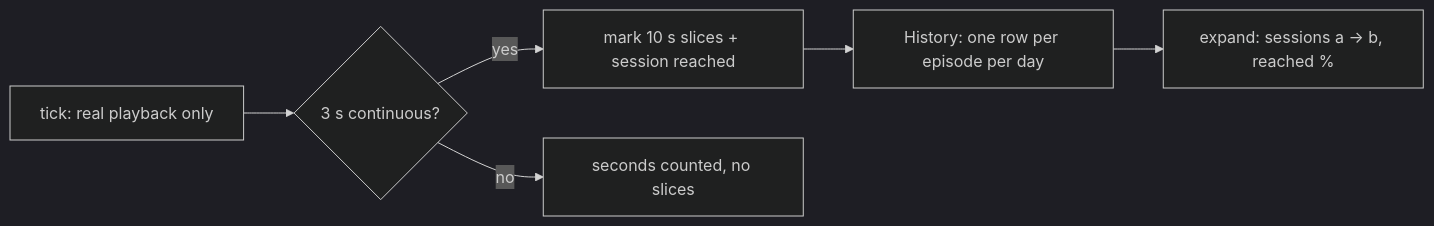
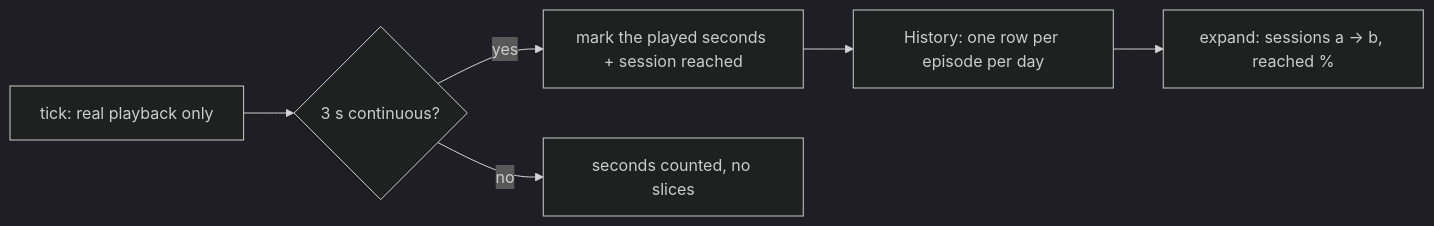
One commit to lo3elyon/ASI changed the seventh of 17 diagrams in ai-safety-full-episodes/README.md. Above: the diagram before and after it, drawn with Mermaid (dark theme). The commit also changed other lines of this file, not shown here.

````diff
--- a/ai-safety-full-episodes/README.md
+++ b/ai-safety-full-episodes/README.md
@@ -373,8 +403,8 @@
 ```mermaid
 flowchart LR
   T[tick: real playback only] --> R{3 s continuous?}
-  R -- yes --> S[mark 10 s slices + session reached]
+  R -- yes --> S[mark the played seconds + session reached]
   R -- no --> X[seconds counted, no slices]
   S --> H[History: one row per episode per day]
   H --> E[expand: sessions a → b, reached %]
 ```
````
